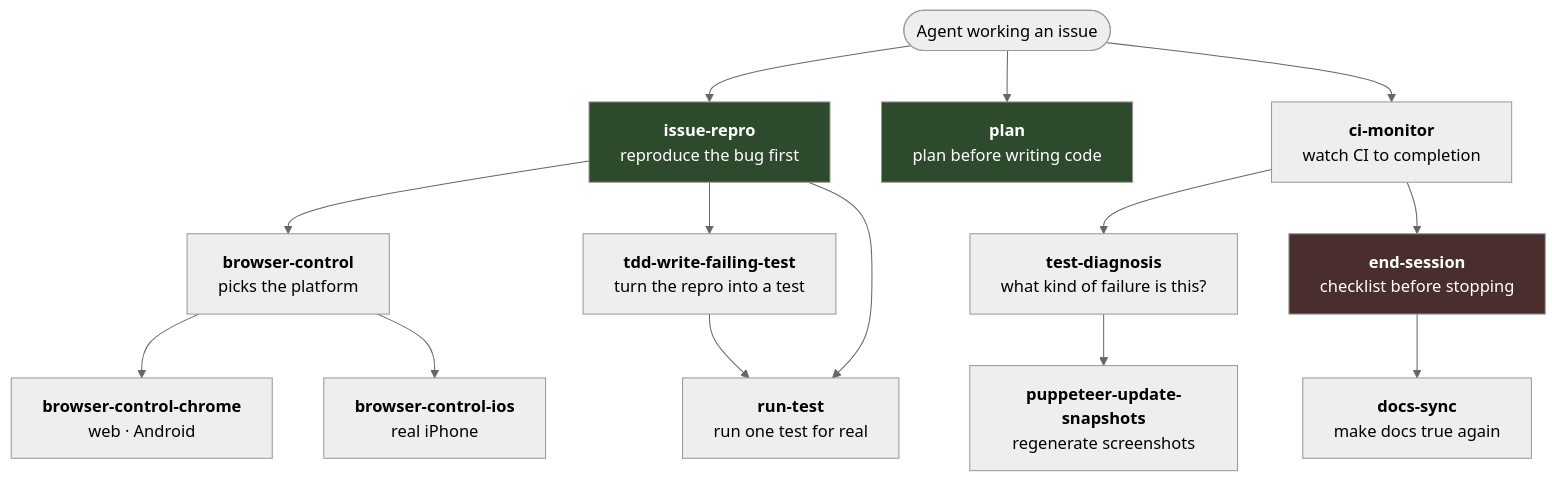
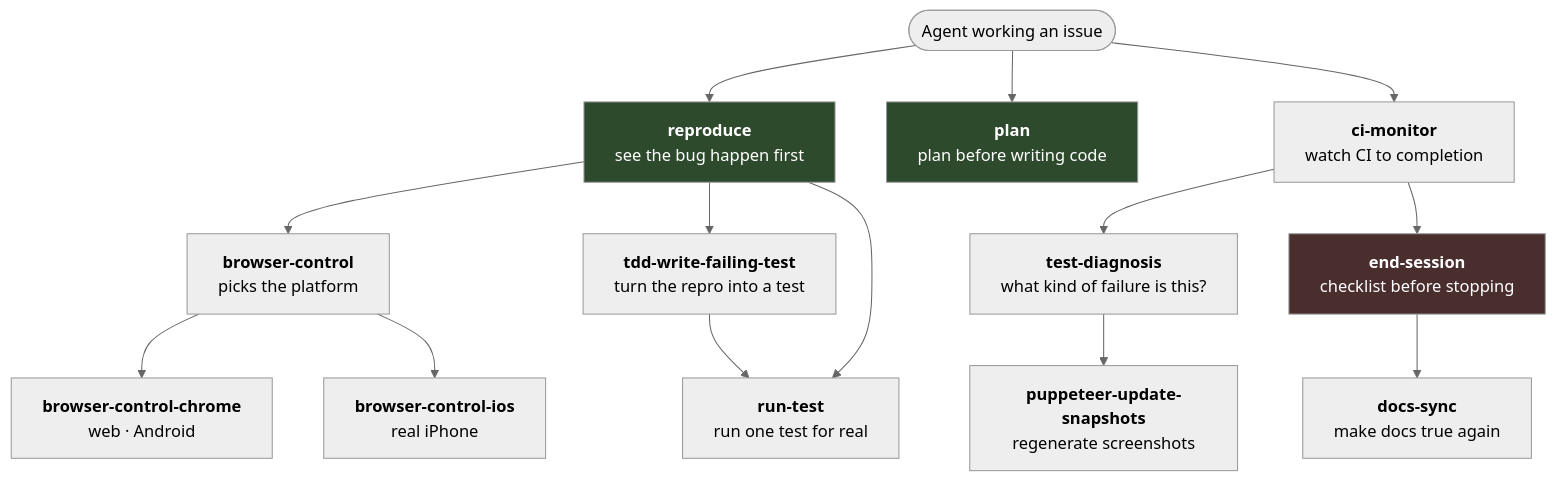
One commit to cybersemics/em changed the diagram in docs/agents/skills.md. Above: the diagram before and after it, drawn with Mermaid (neutral theme). The commit also changed other lines of this file and 11 other files, not shown here.

Commit message:
Rename the issue-repro skill to reproduce (#5520)

````diff
--- a/docs/agents/skills.md
+++ b/docs/agents/skills.md
@@ -16,38 +16,38 @@
 ```mermaid
 flowchart TD
     START(["Agent working an issue"])
 
-    START --> IR["<b>issue-repro</b><br/>reproduce the bug first"]
+    START --> REP["<b>reproduce</b><br/>see the bug happen first"]
     START --> PL["<b>plan</b><br/>plan before writing code"]
     START --> CM["<b>ci-monitor</b><br/>watch CI to completion"]
 
-    IR --> BC["<b>browser-control</b><br/>picks the platform"]
+    REP --> BC["<b>browser-control</b><br/>picks the platform"]
     BC --> BCC["<b>browser-control-chrome</b><br/>web · Android"]
     BC --> BCI["<b>browser-control-ios</b><br/>real iPhone"]
-    IR --> TDD["<b>tdd-write-failing-test</b><br/>turn the repro into a test"]
+    REP --> TDD["<b>tdd-write-failing-test</b><br/>turn the repro into a test"]
     TDD --> RT["<b>run-test</b><br/>run one test for real"]
-    IR --> RT
+    REP --> RT
 
     CM --> TD["<b>test-diagnosis</b><br/>what kind of failure is this?"]
     TD --> PUS["<b>puppeteer-update-snapshots</b><br/>regenerate screenshots"]
 
     CM --> ES["<b>end-session</b><br/>checklist before stopping"]
     ES --> DS["<b>docs-sync</b><br/>make docs true again"]
 
-    style IR fill:#2d4a2d,color:#fff
+    style REP fill:#2d4a2d,color:#fff
     style PL fill:#2d4a2d,color:#fff
     style ES fill:#4a2d2d,color:#fff
 
-    click IR "https://github.com/cybersemics/em/blob/HEAD/docs/agents/skills.md#issue-repro" "issue-repro — reproduce before investigating"
+    click REP "https://github.com/cybersemics/em/blob/HEAD/docs/agents/skills.md#reproduce" "reproduce — see the failure before investigating"
     click PL "https://github.com/cybersemics/em/blob/HEAD/docs/agents/skills.md#plan" "plan — plan and critique before implementing"
     click ES "https://github.com/cybersemics/em/blob/HEAD/docs/agents/skills.md#end-session" "end-session — the exit checklist"
     click DS "https://github.com/cybersemics/em/blob/HEAD/docs/agents/skills.md#docs-sync" "docs-sync — keep documentation true"
     click BC "https://github.com/cybersemics/em/blob/HEAD/docs/agents/skills.md#browser-control" "browser-control — routes by platform"
     click BCC "https://github.com/cybersemics/em/blob/HEAD/docs/agents/skills.md#browser-control-chrome" "browser-control-chrome — web and Android"
     click BCI "https://github.com/cybersemics/em/blob/HEAD/docs/agents/skills.md#browser-control-ios" "browser-control-ios — real iPhone"
     click TDD "https://github.com/cybersemics/em/blob/HEAD/docs/agents/skills.md#tdd-write-failing-test" "tdd-write-failing-test — capture the bug"
     click RT "https://github.com/cybersemics/em/blob/HEAD/docs/agents/skills.md#run-test" "run-test — run one test for real"
     click CM "https://github.com/cybersemics/em/blob/HEAD/docs/agents/skills.md#ci-monitor" "ci-monitor — wait for every check"
     click TD "https://github.com/cybersemics/em/blob/HEAD/docs/agents/skills.md#test-diagnosis" "test-diagnosis — classify the failure"
     click PUS "https://github.com/cybersemics/em/blob/HEAD/docs/agents/skills.md#puppeteer-update-snapshots" "puppeteer-update-snapshots — regenerate screenshots"
 ```
````
